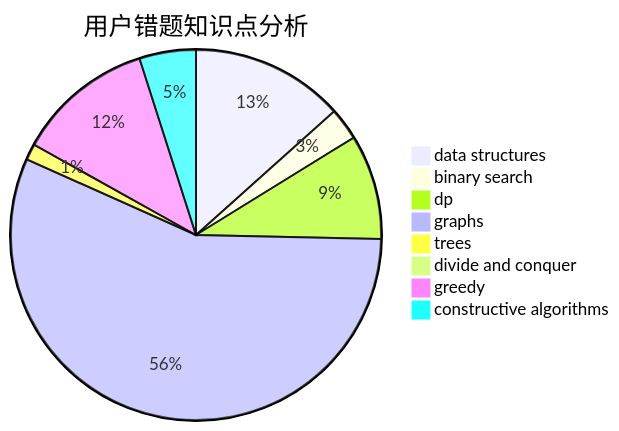
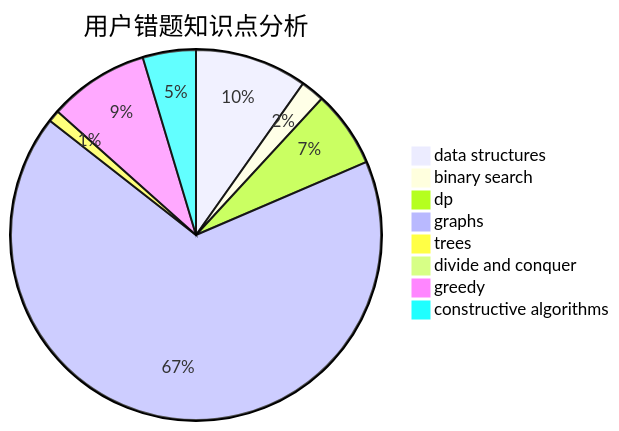
One commit to sherpahu/cfrs.github.io changed the third of 3 diagrams in docs/user/u1514.md. Above: the diagram before and after it, drawn with Mermaid. The commit also changed other lines of this file and 2770 other files, not shown here.

````diff
--- a/docs/user/u1514.md
+++ b/docs/user/u1514.md
@@ -36,11 +36,11 @@
 ```mermaid
 pie title 用户错题知识点分析
     "data structures" :  19
     "binary search" :  4
     "dp" :  13
-    "graphs" :  80
+    "graphs" :  130
     "trees" :  2
     "divide and conquer" :  1
     "greedy" :  17
-    "constructive algorithms" :  7
+    "constructive algorithms" :  9
 ```
````
